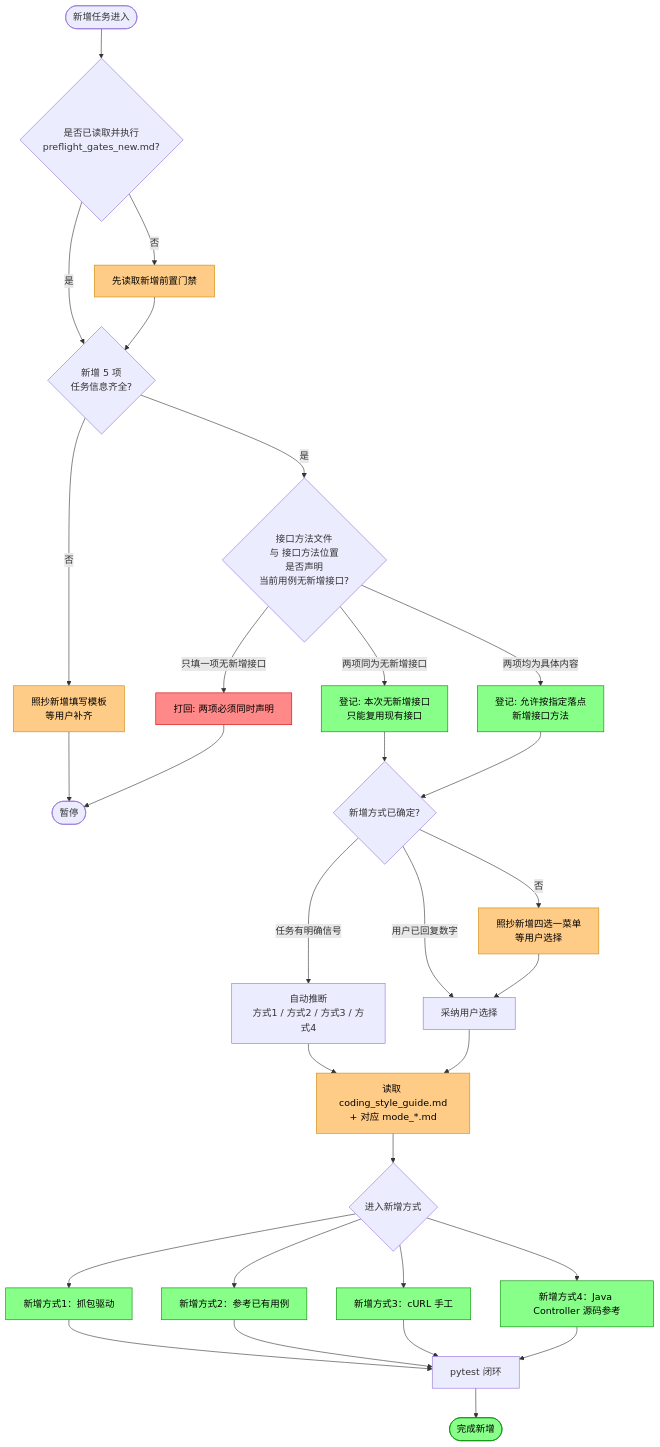
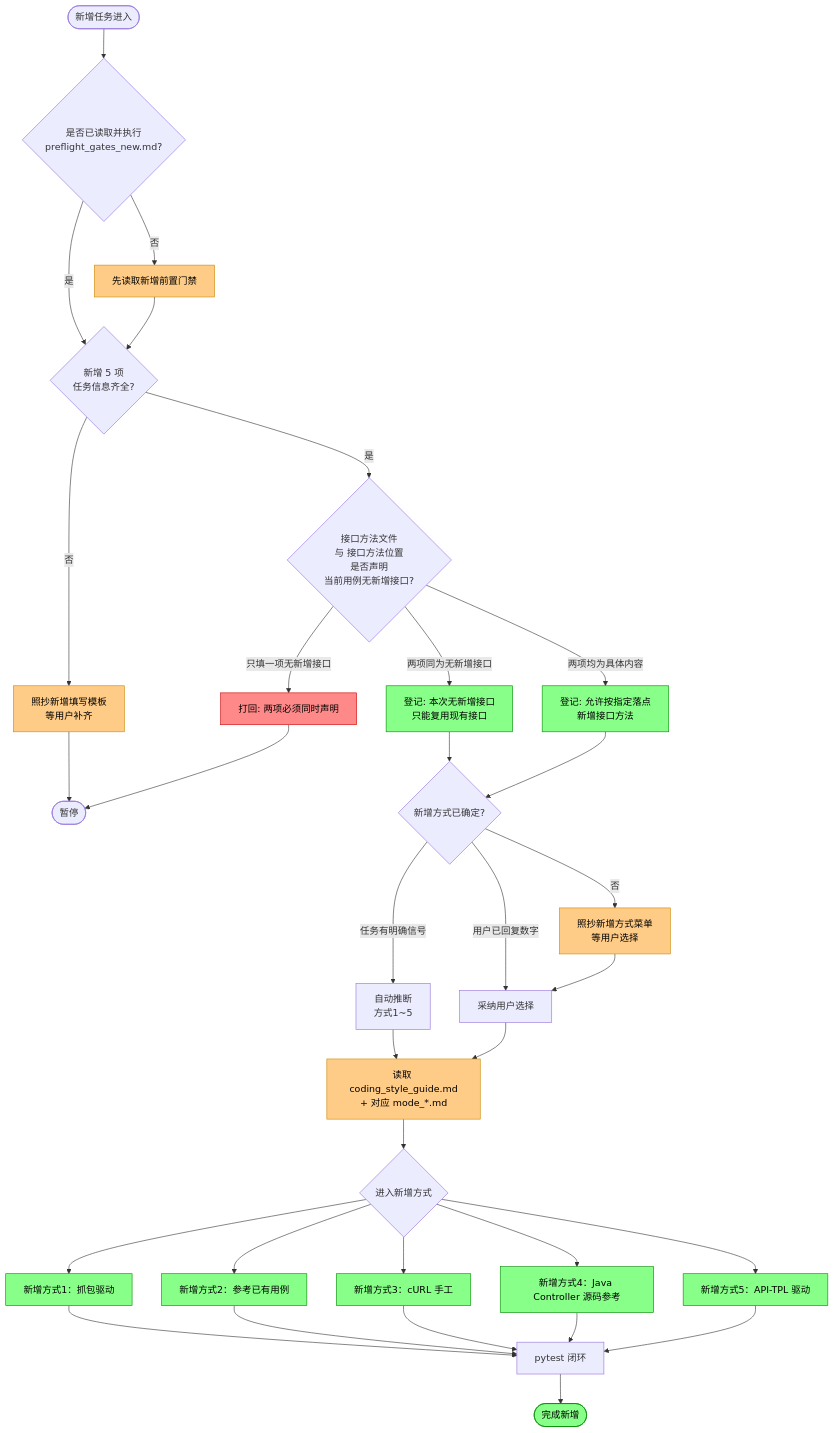
The third of 15 diagrams in flow_chart/flow.md (buer2233/ai-api-test-skill), drawn with Mermaid before and after one commit. The commit also changed other lines of this file and 8 other files, not shown here.

````diff
--- a/flow_chart/flow.md
+++ b/flow_chart/flow.md
@@ -147,44 +149,46 @@
 ```mermaid
 flowchart TD
     NStart([新增任务进入]) --> NeedGate{是否已读取并执行<br/>preflight_gates_new.md?}
     NeedGate -- 否 --> ReadGate[先读取新增前置门禁]
     NeedGate -- 是 --> Info
     ReadGate --> Info{新增 5 项<br/>任务信息齐全?}
 
     Info -- 否 --> AskInfo[照抄新增填写模板<br/>等用户补齐]
     AskInfo --> NStop([暂停])
     Info -- 是 --> ApiPair{"接口方法文件<br/>与 接口方法位置<br/>是否声明<br/>当前用例无新增接口?"}
 
     ApiPair -- "两项同为无新增接口" --> NoNew[登记: 本次无新增接口<br/>只能复用现有接口]
     ApiPair -- 两项均为具体内容 --> HasNew[登记: 允许按指定落点<br/>新增接口方法]
     ApiPair -- "只填一项无新增接口" --> RejectPair[打回: 两项必须同时声明]
     RejectPair --> NStop
 
     NoNew --> Mode{新增方式已确定?}
     HasNew --> Mode
-    Mode -- 任务有明确信号 --> AutoMode[自动推断<br/>方式1 / 方式2 / 方式3 / 方式4]
+    Mode -- 任务有明确信号 --> AutoMode[自动推断<br/>方式1~5]
     Mode -- 用户已回复数字 --> TakeMode[采纳用户选择]
-    Mode -- 否 --> AskMode[照抄新增四选一菜单<br/>等用户选择]
+    Mode -- 否 --> AskMode[照抄新增方式菜单<br/>等用户选择]
     AskMode --> TakeMode
 
     AutoMode --> ReadDocs[读取 coding_style_guide.md<br/>+ 对应 mode_*.md]
     TakeMode --> ReadDocs
     ReadDocs --> Dispatch{进入新增方式}
     Dispatch --> N1[新增方式1：抓包驱动]
     Dispatch --> N2[新增方式2：参考已有用例]
     Dispatch --> N3[新增方式3：cURL 手工]
     Dispatch --> N4[新增方式4：Java Controller 源码参考]
+    Dispatch --> N5[新增方式5：API-TPL 驱动]
 
     N1 --> VerifyN[pytest 闭环]
     N2 --> VerifyN
     N3 --> VerifyN
     N4 --> VerifyN
+    N5 --> VerifyN
     VerifyN --> NEnd([完成新增])
 
     classDef nWait fill:#fc8,stroke:#c80,color:#000
     classDef nPass fill:#8f8,stroke:#080,color:#000
     classDef nReject fill:#f88,stroke:#c00,color:#000
     class ReadGate,AskInfo,AskMode,ReadDocs nWait
-    class NoNew,HasNew,N1,N2,N3,N4,NEnd nPass
+    class NoNew,HasNew,N1,N2,N3,N4,N5,NEnd nPass
     class RejectPair nReject
 ```
````
